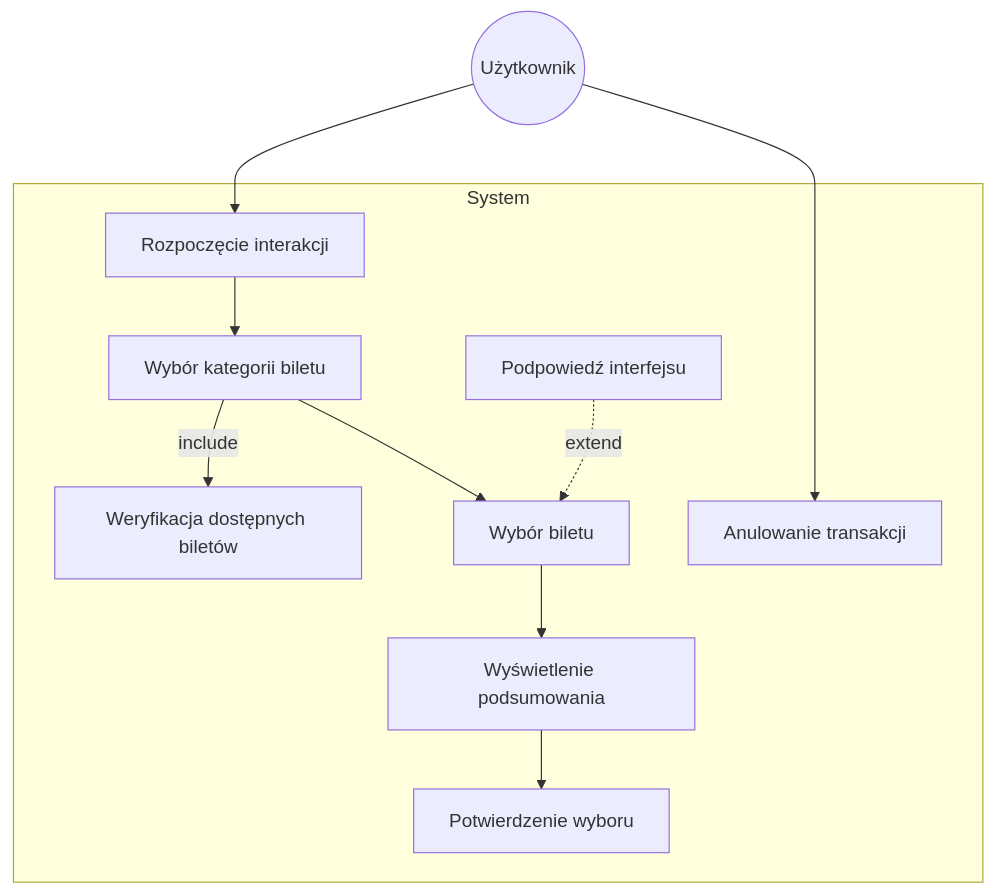
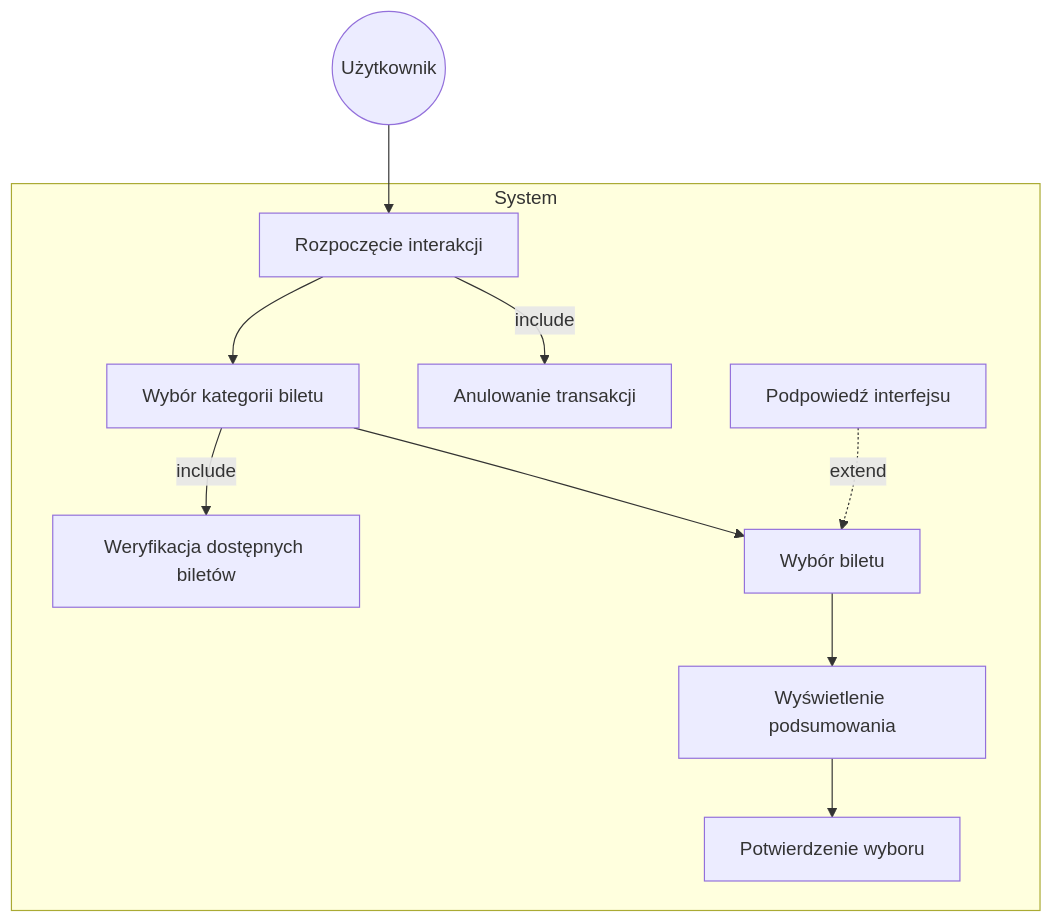
Before and after one commit to ArtemOmelchenk0/MWO: the first of 2 diagrams in Historie dla użytkownika.md, drawn with Mermaid. The commit also changed other lines of this file, not shown here.

````diff
--- a/Historie dla użytkownika.md
+++ b/Historie dla użytkownika.md
@@ -13,33 +13,33 @@
 ```mermaid
 graph TB
     User((Użytkownik))
 
     UseCase1[Rozpoczęcie interakcji]
     UseCase2[Wybór kategorii biletu]
     UseCase3[Wybór biletu]
     UseCase4[Wyświetlenie podsumowania]
     UseCase5[Potwierdzenie wyboru]
     UseCase6[Anulowanie transakcji]
     UseCase7[Podpowiedź interfejsu]
     UseCase8[Weryfikacja dostępnych biletów]
 
     User --> UseCase1
-    User ----> UseCase6
     UseCase1 --> UseCase2
+    UseCase1 --include-->UseCase6
     UseCase2 --include--> UseCase8
     UseCase2 --> UseCase3
     UseCase3 --> UseCase4
     UseCase4 --> UseCase5
     UseCase7 -.extend.-> UseCase3
 
     subgraph System
         UseCase1
         UseCase2
         UseCase3
         UseCase4
         UseCase5
         UseCase6
         UseCase7
         UseCase8
     end
 ```
````
